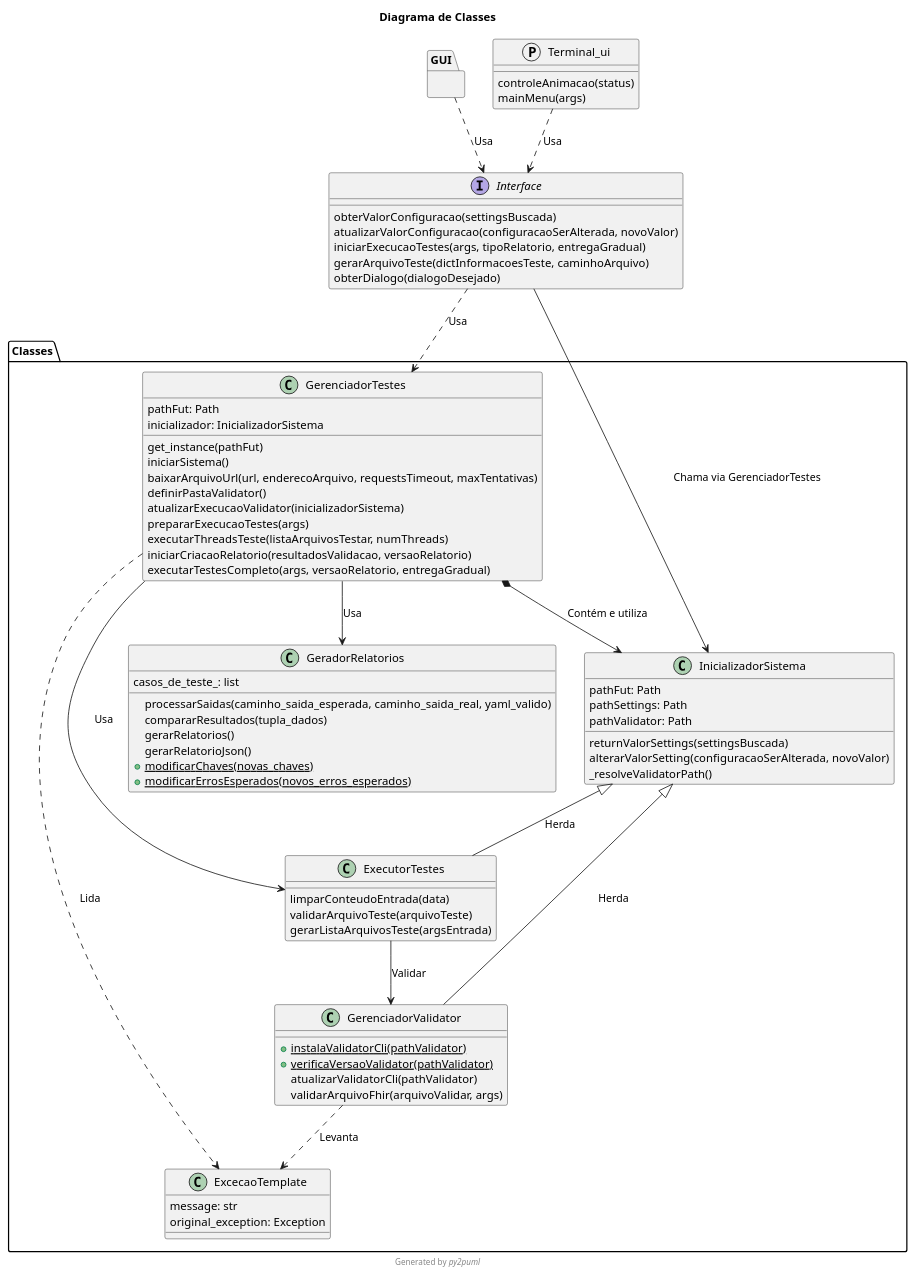
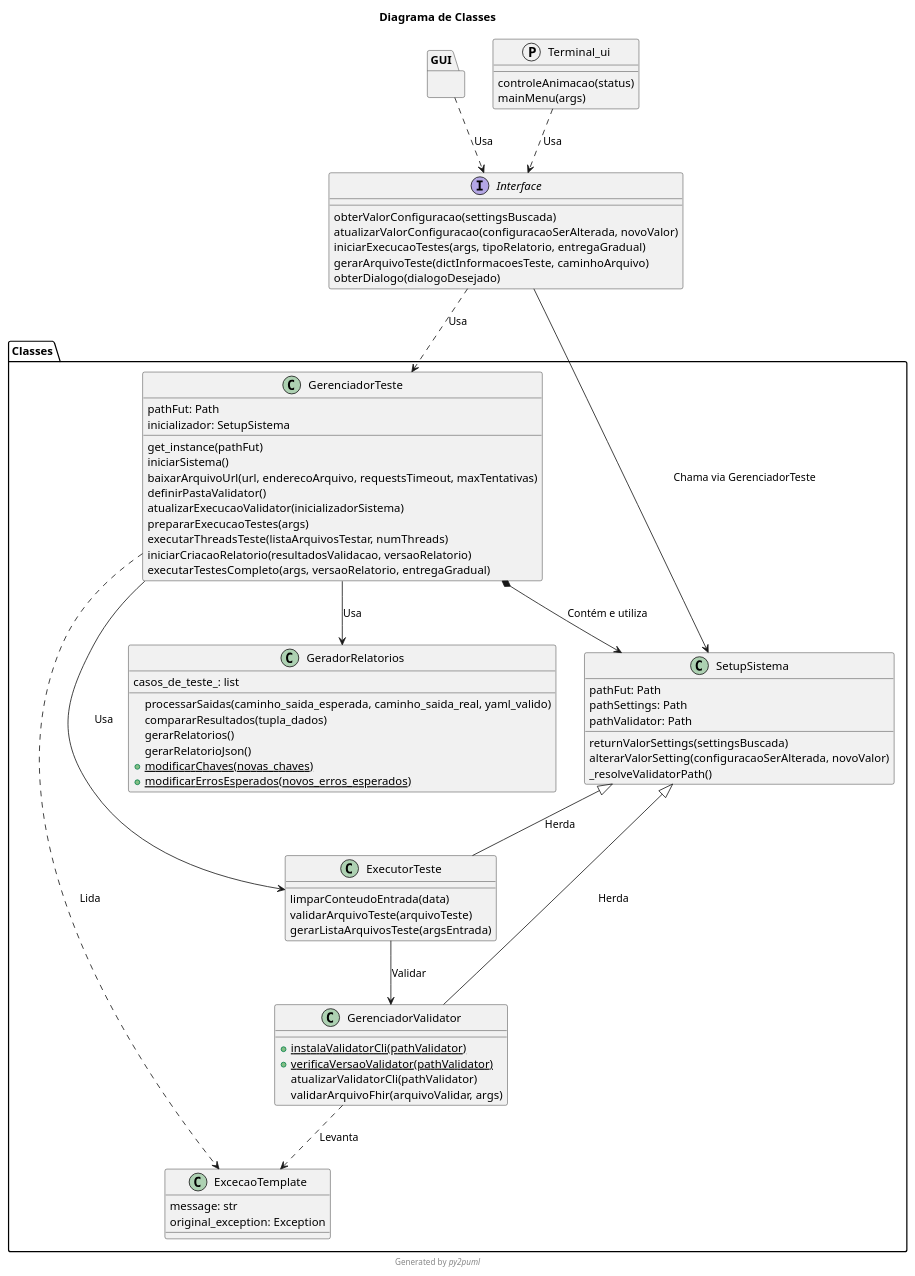
The diagram in Documentacao/Diagramas/DiagramaClasse.puml (LeonardoCFilho/fut), drawn with PlantUML before and after one commit. The commit also changed 11 other files, not shown here.

Commit message:
Reorganizando e melhorando a organização de algumas classes, diagrama de container atualizado, diagrama de classe será atualizado em breve

```diff
--- a/Documentacao/Diagramas/DiagramaClasse.puml
+++ b/Documentacao/Diagramas/DiagramaClasse.puml
@@ -1,81 +1,81 @@
 @startuml Classes
 
 ' Título do diagrama
 title Diagrama de Classes
 
 ' Classes
 class Classes.ExcecaoTemplate {
   message: str
   original_exception: Exception
 }
-class Classes.ExecutorTestes {
+class Classes.ExecutorTeste {
   limparConteudoEntrada(data)
   validarArquivoTeste(arquivoTeste)
   gerarListaArquivosTeste(argsEntrada)
 }
-class Classes.InicializadorSistema {
+class Classes.SetupSistema {
   pathFut: Path
   pathSettings: Path
   pathValidator: Path
   returnValorSettings(settingsBuscada)
   alterarValorSetting(configuracaoSerAlterada, novoValor)
   _resolveValidatorPath()
 }
 class Classes.GeradorRelatorios {
   casos_de_teste_: list
   processarSaidas(caminho_saida_esperada, caminho_saida_real, yaml_valido)
   compararResultados(tupla_dados)
   gerarRelatorios()
   gerarRelatorioJson()
   {static} +modificarChaves(novas_chaves)
   {static} +modificarErrosEsperados(novos_erros_esperados)
 }
-class Classes.GerenciadorTestes {
+class Classes.GerenciadorTeste {
   pathFut: Path
-  inicializador: InicializadorSistema
+  inicializador: SetupSistema
   get_instance(pathFut)
   iniciarSistema()
   baixarArquivoUrl(url, enderecoArquivo, requestsTimeout, maxTentativas)
   definirPastaValidator()
   atualizarExecucaoValidator(inicializadorSistema)
   prepararExecucaoTestes(args)
   executarThreadsTeste(listaArquivosTestar, numThreads)
   iniciarCriacaoRelatorio(resultadosValidacao, versaoRelatorio)
   executarTestesCompleto(args, versaoRelatorio, entregaGradual)
 }
 class Classes.GerenciadorValidator {
   {static} +instalaValidatorCli(pathValidator)
   {static} +verificaVersaoValidator(pathValidator)
   atualizarValidatorCli(pathValidator)
   validarArquivoFhir(arquivoValidar, args)
 }
 interface Interface {
   obterValorConfiguracao(settingsBuscada)
   atualizarValorConfiguracao(configuracaoSerAlterada, novoValor)
   iniciarExecucaoTestes(args, tipoRelatorio, entregaGradual)
   gerarArquivoTeste(dictInformacoesTeste, caminhoArquivo)
   obterDialogo(dialogoDesejado)
 }
 protocol Terminal_ui {
   controleAnimacao(status)
   mainMenu(args)
 }
 package GUI {
 
 }
 
 ' Relacoes
-Classes.InicializadorSistema <|-- Classes.ExecutorTestes : Herda
-Classes.InicializadorSistema <|-- Classes.GerenciadorValidator : Herda
-Classes.ExecutorTestes --> Classes.GerenciadorValidator : Validar
-Classes.GerenciadorTestes ..> Classes.ExcecaoTemplate : Lida 
+Classes.SetupSistema <|-- Classes.ExecutorTeste : Herda
+Classes.SetupSistema <|-- Classes.GerenciadorValidator : Herda
+Classes.ExecutorTeste --> Classes.GerenciadorValidator : Validar
+Classes.GerenciadorTeste ..> Classes.ExcecaoTemplate : Lida 
 Classes.GerenciadorValidator ..> Classes.ExcecaoTemplate : Levanta 
-Classes.GerenciadorTestes --> Classes.ExecutorTestes : Usa 
-Classes.GerenciadorTestes --> Classes.GeradorRelatorios : Usa 
-Classes.GerenciadorTestes *--> Classes.InicializadorSistema : Contém e utiliza
-Interface ..> GerenciadorTestes : Usa
-Interface --> InicializadorSistema : Chama via GerenciadorTestes
+Classes.GerenciadorTeste --> Classes.ExecutorTeste : Usa 
+Classes.GerenciadorTeste --> Classes.GeradorRelatorios : Usa 
+Classes.GerenciadorTeste *--> Classes.SetupSistema : Contém e utiliza
+Interface ..> GerenciadorTeste : Usa
+Interface --> SetupSistema : Chama via GerenciadorTeste
 Terminal_ui ..> Interface : Usa
 GUI ..> Interface : Usa
 footer Generated by //py2puml//
 @enduml
```
